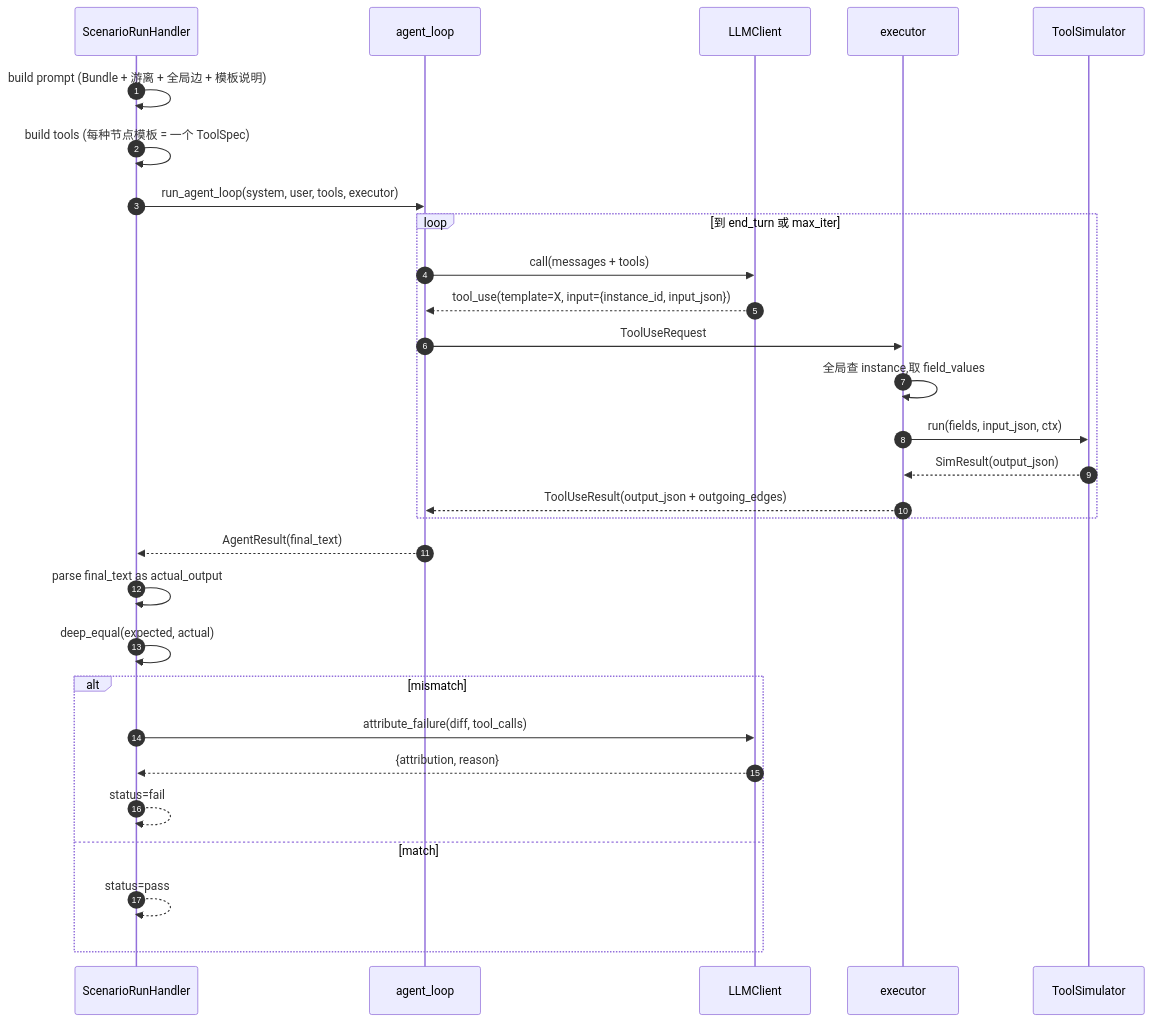
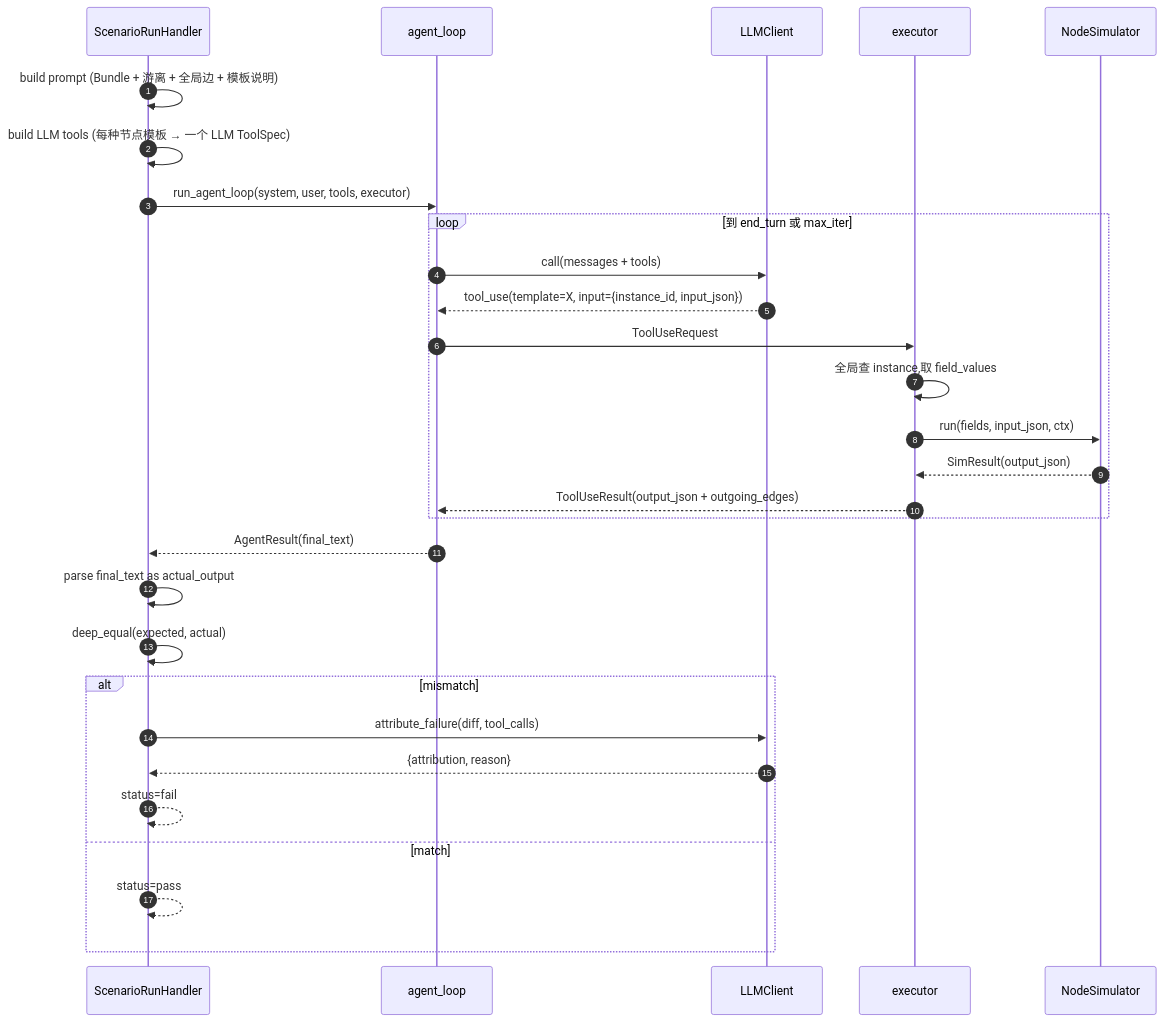
Before and after one commit to toolclub/CodeTranser: the second of 2 diagrams in Designer/impl-docs/07_Phase1_JSON层.md, drawn with Mermaid. The commit also changed other lines of this file and 6 other files, not shown here.

````diff
--- a/Designer/impl-docs/07_Phase1_JSON层.md
+++ b/Designer/impl-docs/07_Phase1_JSON层.md
@@ -861,34 +861,34 @@
 ```mermaid
 sequenceDiagram
     autonumber
     participant H as ScenarioRunHandler
     participant L as agent_loop
     participant LLM as LLMClient
     participant E as executor
-    participant S as ToolSimulator
+    participant S as NodeSimulator
 
     H->>H: build prompt (Bundle + 游离 + 全局边 + 模板说明)
-    H->>H: build tools (每种节点模板 = 一个 ToolSpec)
+    H->>H: build LLM tools (每种节点模板 → 一个 LLM ToolSpec)
     H->>L: run_agent_loop(system, user, tools, executor)
 
     loop 到 end_turn 或 max_iter
         L->>LLM: call(messages + tools)
         LLM-->>L: tool_use(template=X, input={instance_id, input_json})
         L->>E: ToolUseRequest
         E->>E: 全局查 instance,取 field_values
         E->>S: run(fields, input_json, ctx)
         S-->>E: SimResult(output_json)
         E-->>L: ToolUseResult(output_json + outgoing_edges)
     end
 
     L-->>H: AgentResult(final_text)
     H->>H: parse final_text as actual_output
     H->>H: deep_equal(expected, actual)
     alt mismatch
         H->>LLM: attribute_failure(diff, tool_calls)
         LLM-->>H: {attribution, reason}
         H-->>H: status=fail
     else match
         H-->>H: status=pass
     end
 ```
````
